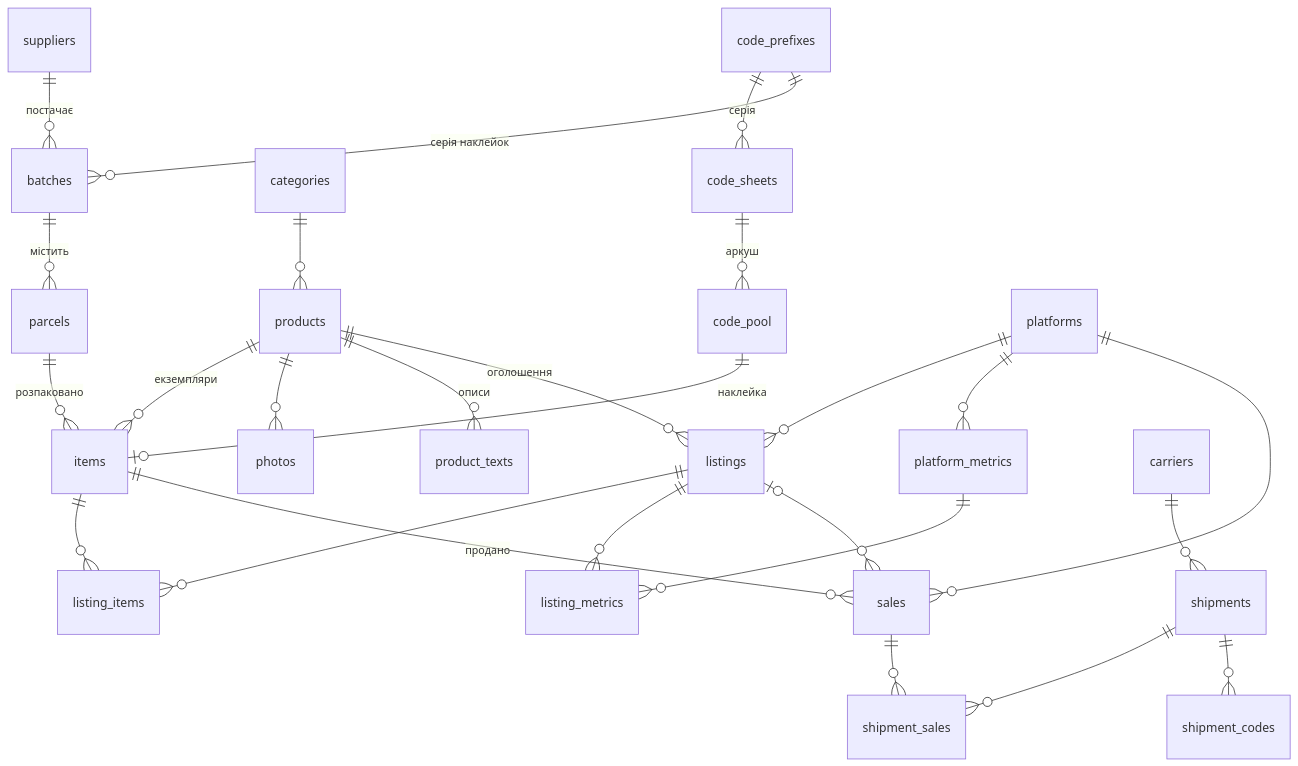
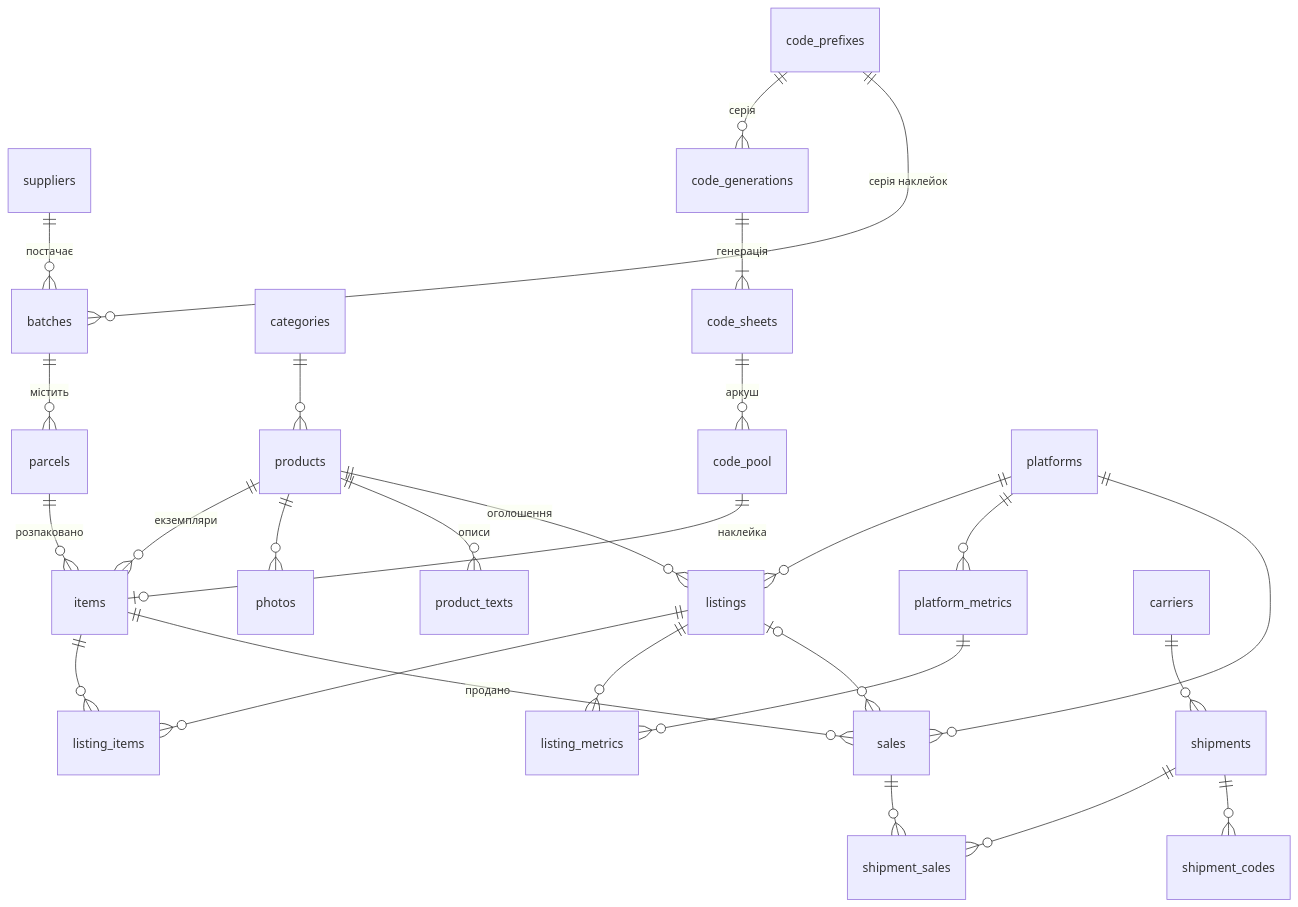
One commit to oidesign-base/ki-base changed the diagram in db/SCHEMA.md. Above: the diagram before and after it, drawn with Mermaid. The commit also changed other lines of this file and 10 other files, not shown here.

First line of the commit message:
Group label sheets into generations; show sheets as 6x8 grids

````diff
--- a/db/SCHEMA.md
+++ b/db/SCHEMA.md
@@ -33,28 +34,29 @@
 ```mermaid
 erDiagram
     suppliers ||--o{ batches : "постачає"
     batches ||--o{ parcels : "містить"
     parcels ||--o{ items : "розпаковано"
     categories ||--o{ products : ""
     products ||--o{ items : "екземпляри"
     products ||--o{ photos : ""
     products ||--o{ product_texts : "описи"
     products ||--o{ listings : "оголошення"
-    code_prefixes ||--o{ code_sheets : "серія"
+    code_prefixes ||--o{ code_generations : "серія"
+    code_generations ||--|{ code_sheets : "генерація"
     code_prefixes ||--o{ batches : "серія наклейок"
     code_sheets ||--o{ code_pool : "аркуш"
     code_pool ||--o| items : "наклейка"
     platforms ||--o{ listings : ""
     platforms ||--o{ platform_metrics : ""
     listings ||--o{ listing_items : ""
     items ||--o{ listing_items : ""
     listings ||--o{ listing_metrics : ""
     platform_metrics ||--o{ listing_metrics : ""
     items ||--o{ sales : "продано"
     listings |o--o{ sales : ""
     platforms ||--o{ sales : ""
     sales ||--o{ shipment_sales : ""
     shipments ||--o{ shipment_sales : ""
     carriers ||--o{ shipments : ""
     shipments ||--o{ shipment_codes : ""
 ```
````
